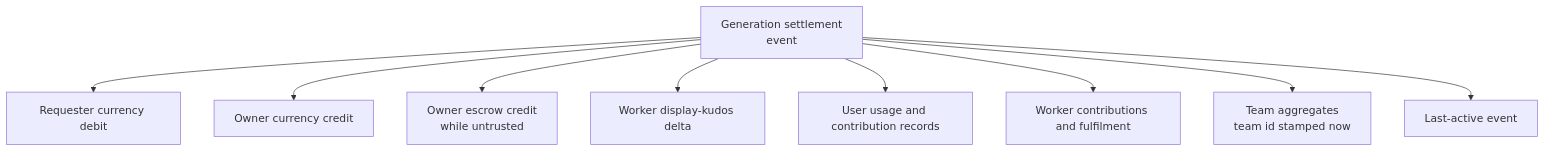
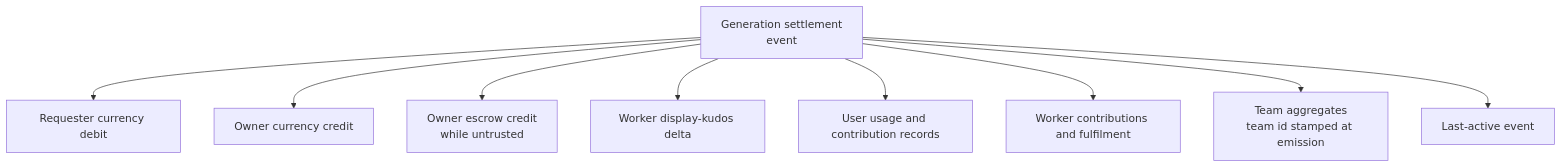
One commit to Haidra-Org/AI-Horde changed the second of 4 diagrams in docs/explanation/kudos_accounting.md. Above: the diagram before and after it, drawn with Mermaid. The commit also changed other lines of this file and 8 other files, not shown here.

````diff
--- a/docs/explanation/kudos_accounting.md
+++ b/docs/explanation/kudos_accounting.md
@@ -147,12 +151,12 @@
 ```mermaid
 flowchart TD
     E[Generation settlement<br />event]
     E --> RD[Requester currency debit]
     E --> OC[Owner currency credit]
     E --> OE[Owner escrow credit<br/>while untrusted]
     E --> WK[Worker display-kudos delta]
     E --> UF[User usage and contribution records]
     E --> WF[Worker contributions and fulfilment]
-    E --> TM[Team aggregates<br/>team id stamped now]
+    E --> TM[Team aggregates<br/>team id stamped at emission]
     E --> LA[Last-active event]
 ```
````
